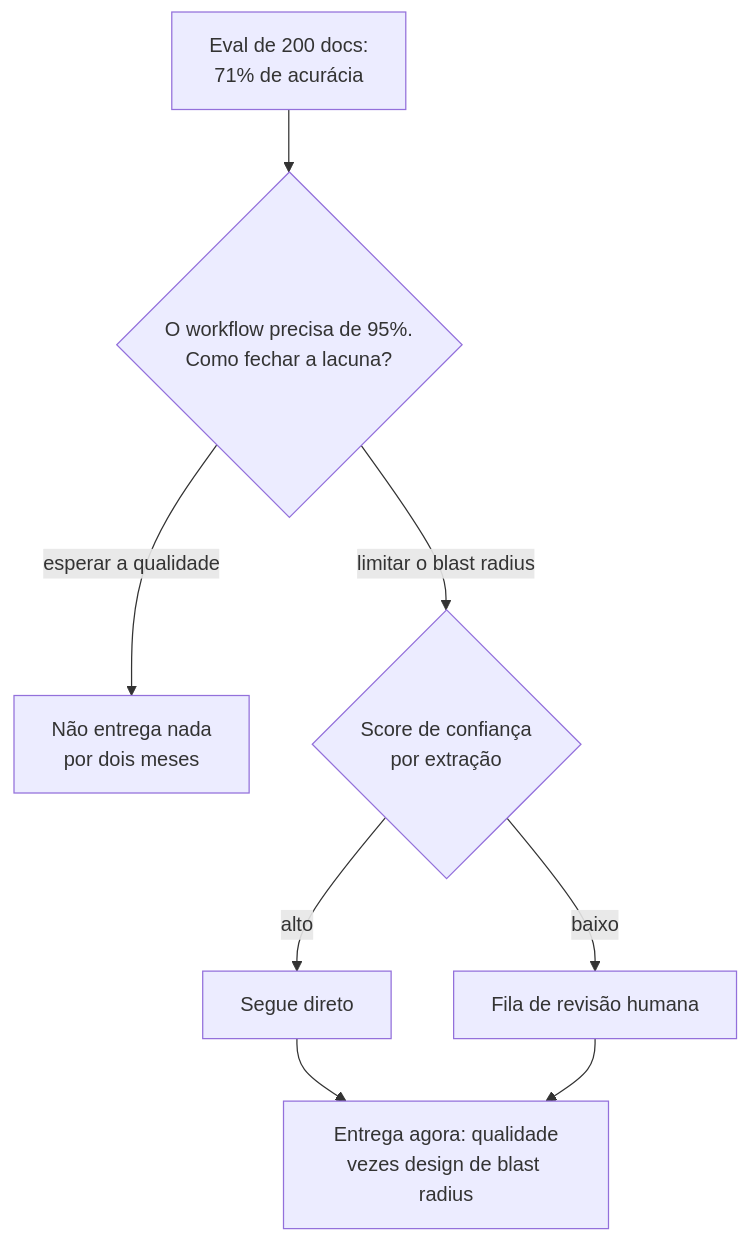
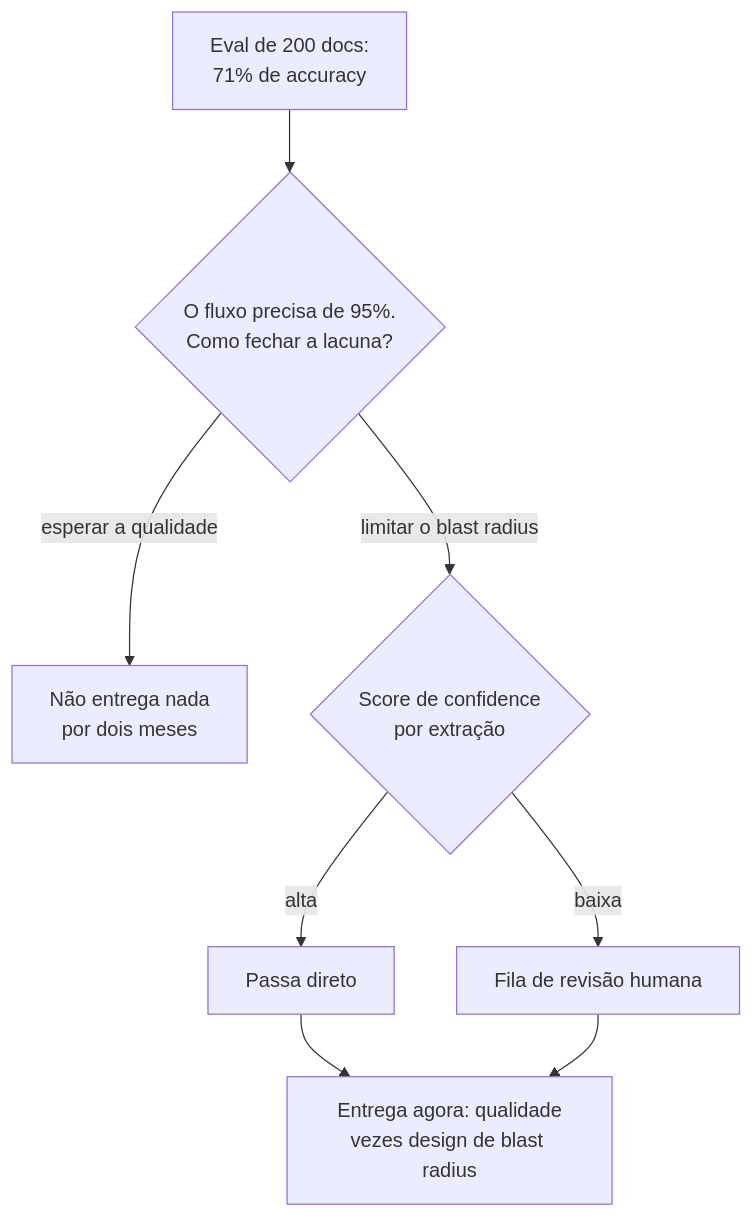
Before and after one commit to andrevberaldo/AI-Engineer-Interview-Questions: the sixth of 13 diagrams in 13-interview-process-and-behavioral/questions.pt-BR.md, drawn with Mermaid. The commit also changed other lines of this file and 1 other file, not shown here.

````diff
--- a/13-interview-process-and-behavioral/questions.pt-BR.md
+++ b/13-interview-process-and-behavioral/questions.pt-BR.md
@@ -401,10 +401,10 @@
 ```mermaid
 flowchart TD
-    A["Eval de 200 docs:<br/>71% de acurácia"] --> B{"O workflow precisa de 95%.<br/>Como fechar a lacuna?"}
+    A["Eval de 200 docs:<br/>71% de accuracy"] --> B{"O fluxo precisa de 95%.<br/>Como fechar a lacuna?"}
     B -->|"esperar a qualidade"| C["Não entrega nada<br/>por dois meses"]
-    B -->|"limitar o blast radius"| D{"Score de confiança<br/>por extração"}
-    D -->|"alto"| E["Segue direto"]
-    D -->|"baixo"| F["Fila de revisão humana"]
+    B -->|"limitar o blast radius"| D{"Score de confidence<br/>por extração"}
+    D -->|"alta"| E["Passa direto"]
+    D -->|"baixa"| F["Fila de revisão humana"]
     E --> G["Entrega agora: qualidade<br/>vezes design de blast radius"]
     F --> G
 ```
````
